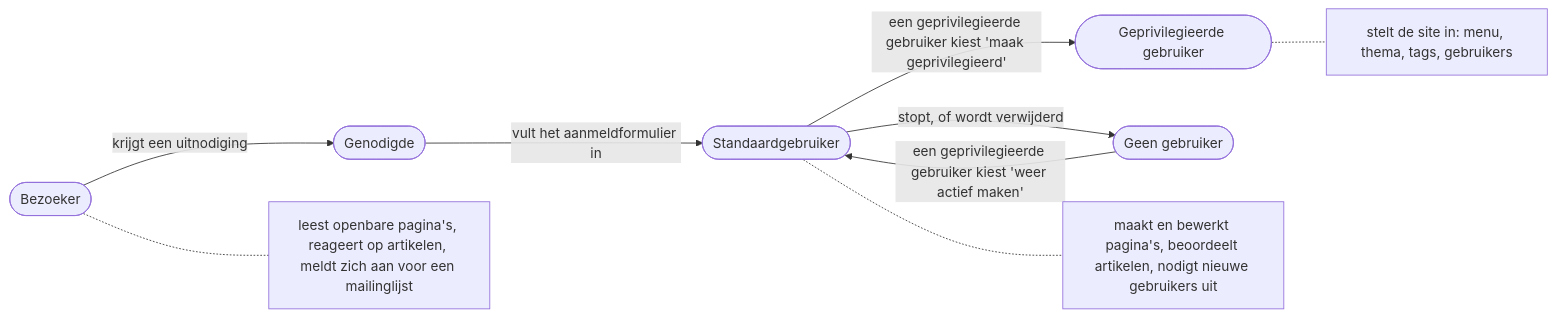
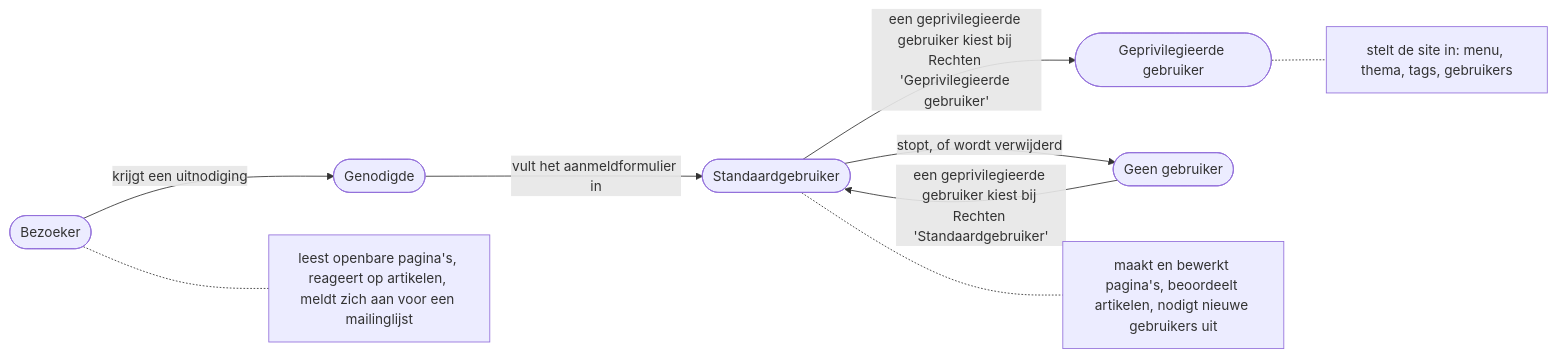
Before and after one commit to guidol-ive/hypha: the diagram in docs/handleiding/gebruik/01-wat-is-hypha.md, drawn with Mermaid. The commit also changed 7 other files, not shown here.

````diff
--- a/docs/handleiding/gebruik/01-wat-is-hypha.md
+++ b/docs/handleiding/gebruik/01-wat-is-hypha.md
@@ -16,11 +16,11 @@
 ```mermaid
 flowchart LR
     bezoeker([Bezoeker]) -->|krijgt een uitnodiging| genodigde([Genodigde])
     genodigde -->|vult het aanmeldformulier in| standaard([Standaardgebruiker])
-    standaard -->|een geprivilegieerde gebruiker kiest 'maak geprivilegieerd'| geprivilegieerd([Geprivilegieerde gebruiker])
+    standaard -->|een geprivilegieerde gebruiker kiest bij Rechten 'Geprivilegieerde gebruiker'| geprivilegieerd([Geprivilegieerde gebruiker])
     standaard -->|stopt, of wordt verwijderd| geen([Geen gebruiker])
-    geen -->|een geprivilegieerde gebruiker kiest 'weer actief maken'| standaard
+    geen -->|een geprivilegieerde gebruiker kiest bij Rechten 'Standaardgebruiker'| standaard
     bezoeker -.- b1[leest openbare pagina's, reageert op artikelen, meldt zich aan voor een mailinglijst]
     standaard -.- l1[maakt en bewerkt pagina's, beoordeelt artikelen, nodigt nieuwe gebruikers uit]
     geprivilegieerd -.- a1[stelt de site in: menu, thema, tags, gebruikers]
 ```
````
